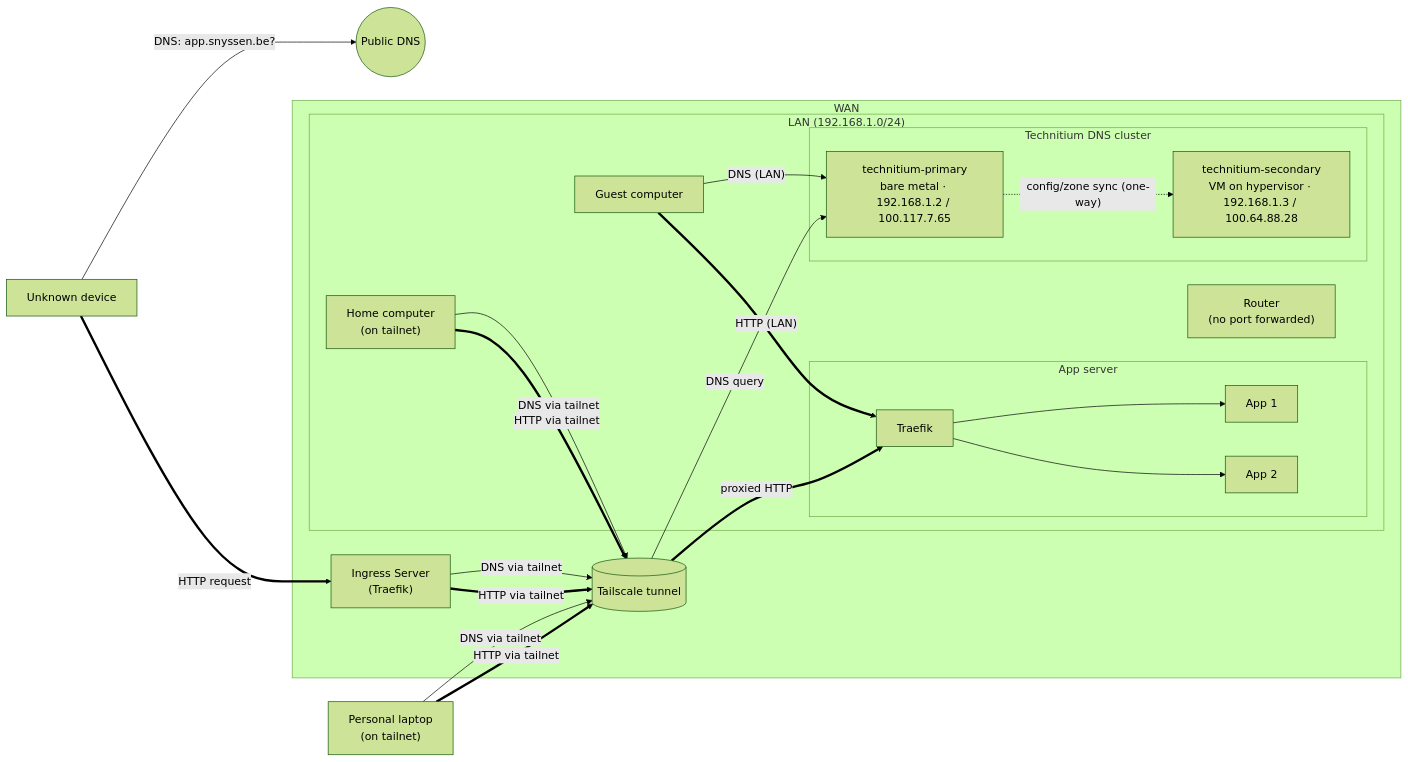
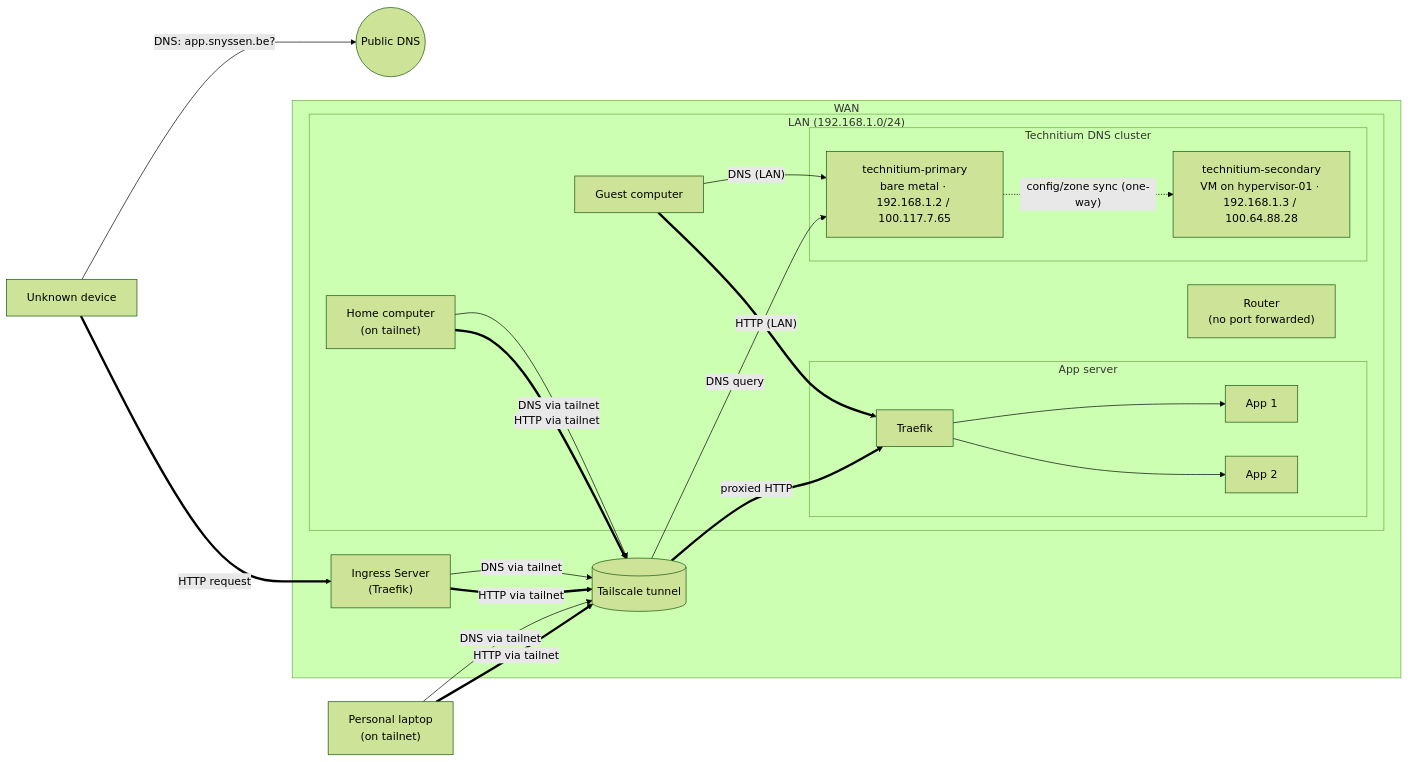
Before and after one commit to snyssen/mother-of-all-infra: the first of 5 diagrams in docs/nix/network.md, drawn with Mermaid (forest theme). The commit also changed other lines of this file and 37 other files, not shown here.

````diff
--- a/docs/nix/network.md
+++ b/docs/nix/network.md
@@ -38,48 +38,48 @@
 ```mermaid
 flowchart LR
     Unknown["Unknown device"]
     PublicDNS(("Public DNS"))
     Personal["Personal laptop<br/>(on tailnet)"]
 
     subgraph WAN["WAN"]
         Ingress["Ingress Server<br/>(Traefik)"]
         Tailscale[("Tailscale tunnel")]
 
         subgraph LAN["LAN (192.168.1.0/24)"]
             Router["Router<br/>(no port forwarded)"]
             Guest["Guest computer"]
             Home["Home computer<br/>(on tailnet)"]
 
             subgraph Cluster["Technitium DNS cluster"]
                 Primary["technitium-primary<br/>bare metal &middot; 192.168.1.2 / 100.117.7.65"]
-                Secondary["technitium-secondary<br/>VM on hypervisor &middot; 192.168.1.3 / 100.64.88.28"]
+                Secondary["technitium-secondary<br/>VM on hypervisor-01 &middot; 192.168.1.3 / 100.64.88.28"]
                 Primary -. "config/zone sync (one-way)" .-> Secondary
             end
 
             subgraph AppSrv["App server"]
                 AppTraefik["Traefik"]
                 App1["App 1"]
                 App2["App 2"]
                 AppTraefik --> App1
                 AppTraefik --> App2
             end
         end
     end
 
     Unknown -->|"DNS: app.snyssen.be?"| PublicDNS
     Unknown ==>|"HTTP request"| Ingress
 
     Ingress -->|"DNS via tailnet"| Tailscale
     Tailscale -->|"DNS query"| Primary
     Ingress ==>|"HTTP via tailnet"| Tailscale
     Tailscale ==>|"proxied HTTP"| AppTraefik
 
     Personal -->|"DNS via tailnet"| Tailscale
     Personal ==>|"HTTP via tailnet"| Tailscale
 
     Home -->|"DNS via tailnet"| Tailscale
     Home ==>|"HTTP via tailnet"| Tailscale
 
     Guest -->|"DNS (LAN)"| Primary
     Guest ==>|"HTTP (LAN)"| AppTraefik
 ```
````
